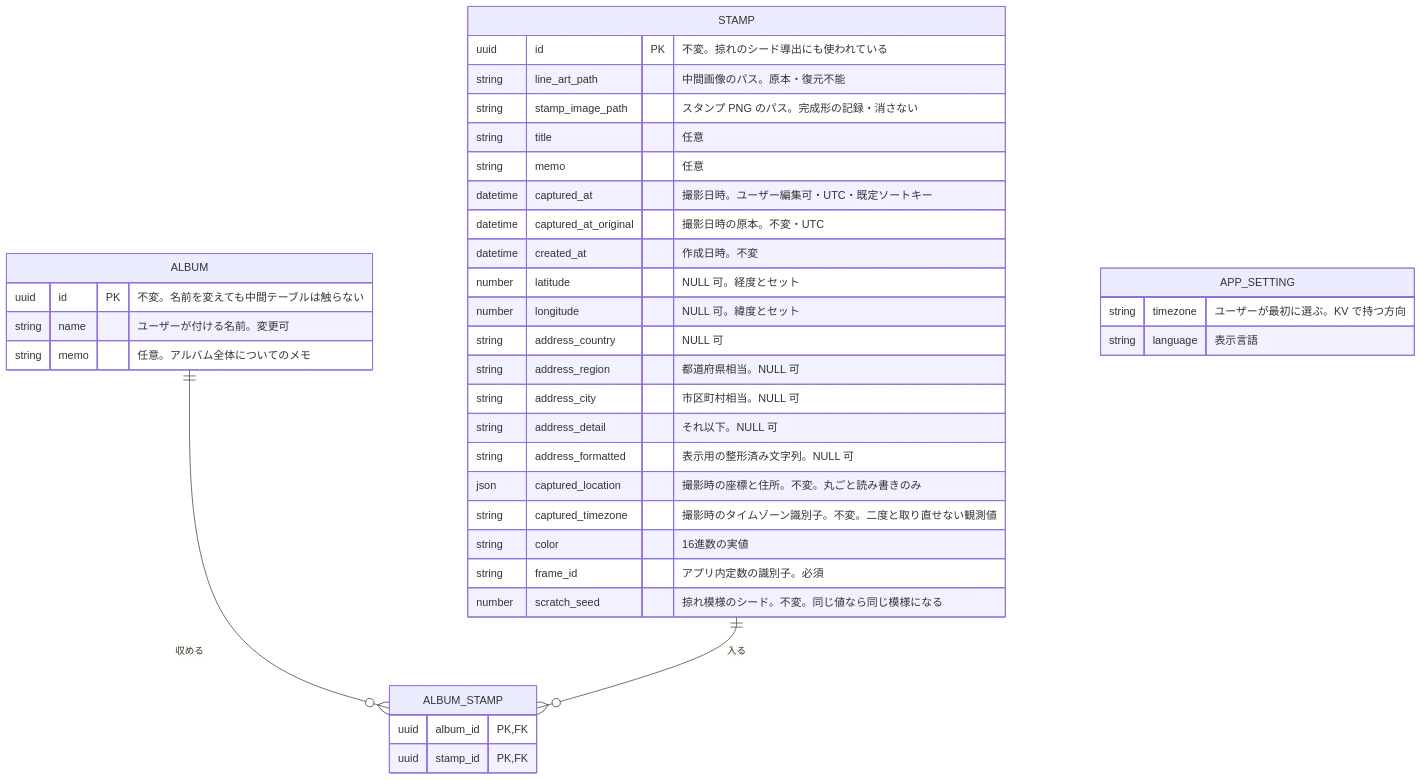
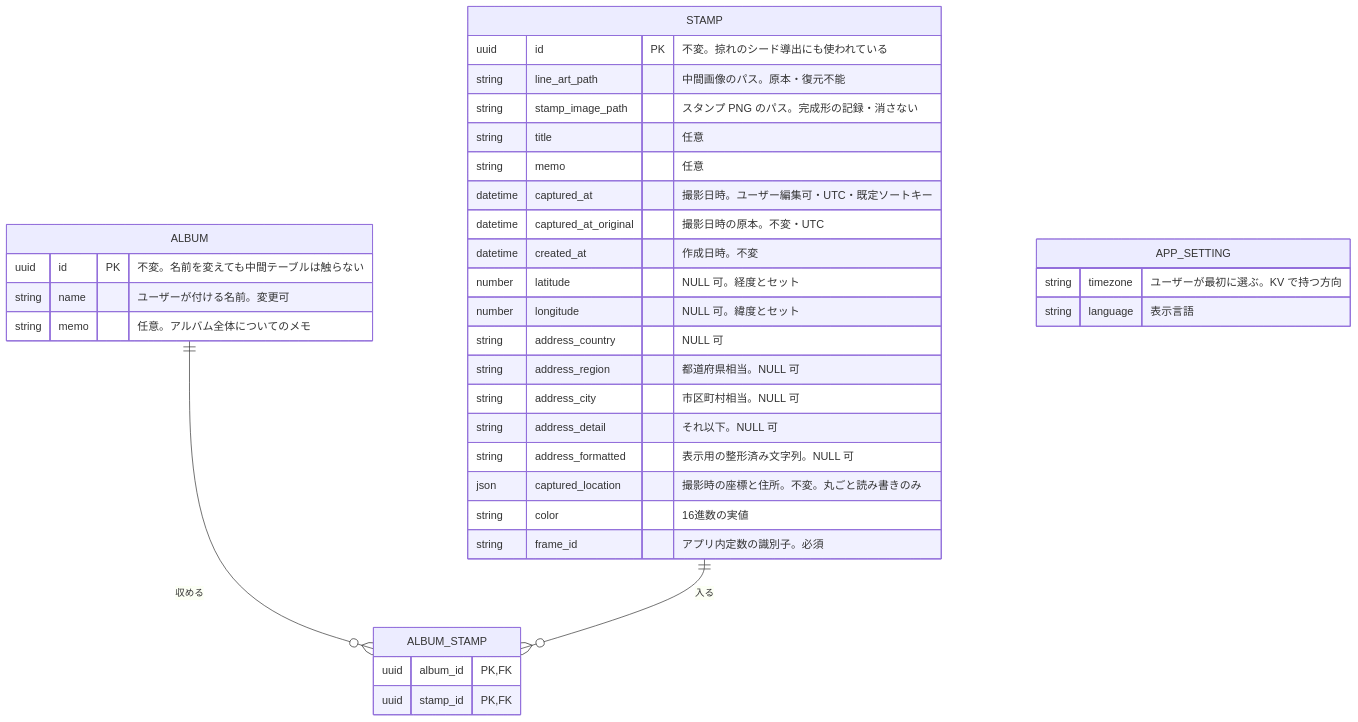
One commit to monarizzz/tabipon changed the first of 3 diagrams in docs/data-model.md. Above: the diagram before and after it, drawn with Mermaid. The commit also changed other lines of this file, not shown here.

````diff
--- a/docs/data-model.md
+++ b/docs/data-model.md
@@ -113,44 +113,42 @@
 ```mermaid
 erDiagram
     STAMP {
         uuid id PK "不変。掠れのシード導出にも使われている"
         string line_art_path "中間画像のパス。原本・復元不能"
         string stamp_image_path "スタンプ PNG のパス。完成形の記録・消さない"
         string title "任意"
         string memo "任意"
         datetime captured_at "撮影日時。ユーザー編集可・UTC・既定ソートキー"
         datetime captured_at_original "撮影日時の原本。不変・UTC"
         datetime created_at "作成日時。不変"
         number latitude "NULL 可。経度とセット"
         number longitude "NULL 可。緯度とセット"
         string address_country "NULL 可"
         string address_region "都道府県相当。NULL 可"
         string address_city "市区町村相当。NULL 可"
         string address_detail "それ以下。NULL 可"
         string address_formatted "表示用の整形済み文字列。NULL 可"
         json captured_location "撮影時の座標と住所。不変。丸ごと読み書きのみ"
-        string captured_timezone "撮影時のタイムゾーン識別子。不変。二度と取り直せない観測値"
         string color "16進数の実値"
         string frame_id "アプリ内定数の識別子。必須"
-        number scratch_seed "掠れ模様のシード。不変。同じ値なら同じ模様になる"
     }
 
     ALBUM {
         uuid id PK "不変。名前を変えても中間テーブルは触らない"
         string name "ユーザーが付ける名前。変更可"
         string memo "任意。アルバム全体についてのメモ"
     }
 
     ALBUM_STAMP {
         uuid album_id PK,FK
         uuid stamp_id PK,FK
     }
 
     APP_SETTING {
         string timezone "ユーザーが最初に選ぶ。KV で持つ方向"
         string language "表示言語"
     }
 
     ALBUM ||--o{ ALBUM_STAMP : "収める"
     STAMP ||--o{ ALBUM_STAMP : "入る"
 ```
````
